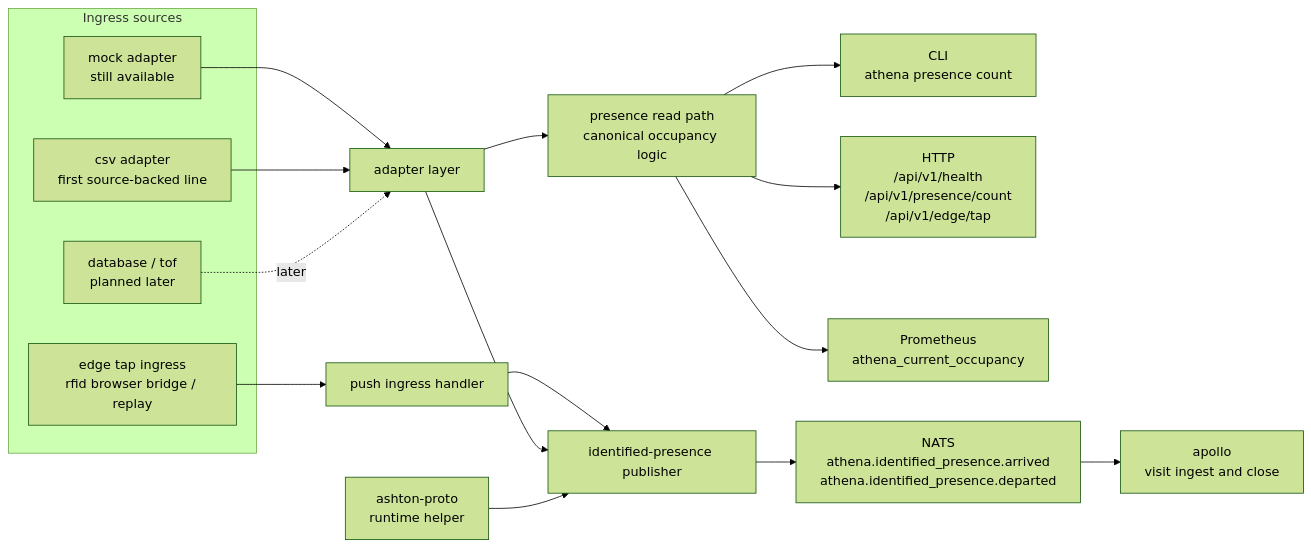
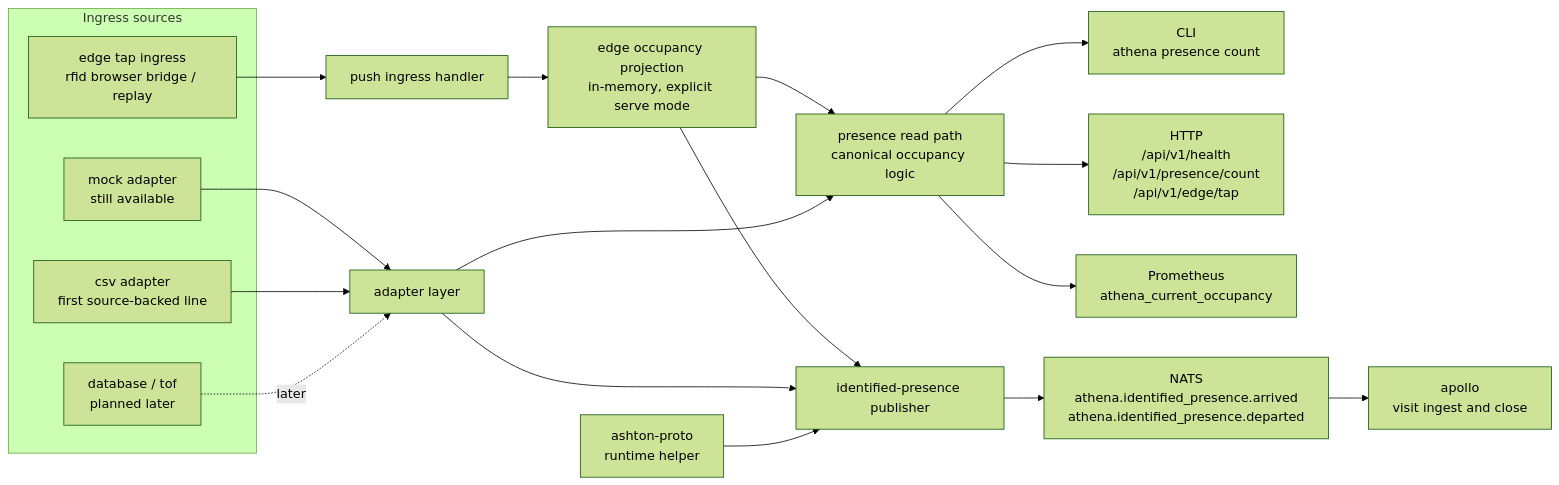
The diagram in docs/diagrams/athena-read-and-publish.mmd (ixxet/athena), drawn with Mermaid (forest theme) before and after one commit. The commit also changed 6 other files, not shown here.

Commit message:
docs: document edge-driven occupancy projection slice

```diff
--- a/docs/diagrams/athena-read-and-publish.mmd
+++ b/docs/diagrams/athena-read-and-publish.mmd
@@ -1,30 +1,33 @@
 flowchart LR
   subgraph inputs["Ingress sources"]
     mock["mock adapter<br/>still available"]
     csv["csv adapter<br/>first source-backed line"]
     edge["edge tap ingress<br/>rfid browser bridge / replay"]
     future["database / tof<br/>planned later"]
   end
 
   adapter["adapter layer"]
   ingress["push ingress handler"]
+  projection["edge occupancy projection<br/>in-memory, explicit serve mode"]
   read["presence read path<br/>canonical occupancy logic"]
   cli["CLI<br/>athena presence count"]
   api["HTTP<br/>/api/v1/health<br/>/api/v1/presence/count<br/>/api/v1/edge/tap"]
   metrics["Prometheus<br/>athena_current_occupancy"]
   publish["identified-presence publisher"]
   helper["ashton-proto<br/>runtime helper"]
   nats["NATS<br/>athena.identified_presence.arrived<br/>athena.identified_presence.departed"]
   apollo["apollo<br/>visit ingest and close"]
 
   mock --> adapter
   csv --> adapter
-  edge --> ingress --> publish
+  edge --> ingress --> projection
+  projection --> read
+  projection --> publish
   future -. later .-> adapter
   adapter --> read
   read --> cli
   read --> api
   read --> metrics
   adapter --> publish
   helper --> publish
   publish --> nats --> apollo
```
